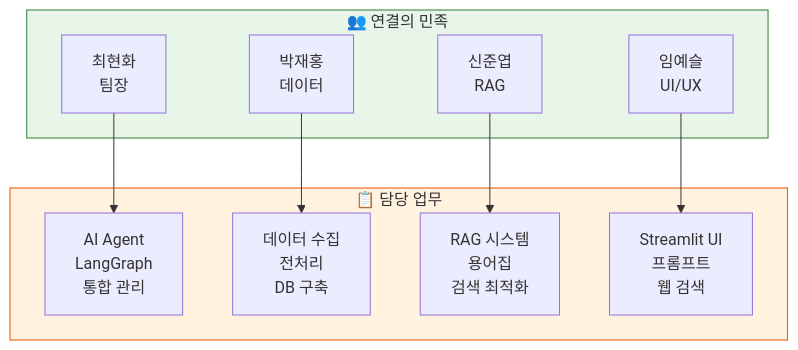
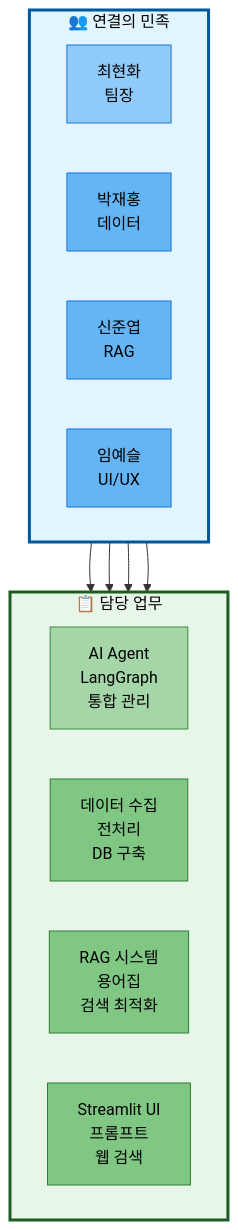
The fourth of 6 diagrams in docs/PPT/01_프로젝트_개요.md (AIBootcamp14/langchainproject-new-langchainproject_5), drawn with Mermaid before and after one commit. The commit also changed other lines of this file and 5 other files, not shown here.

First line of the commit message:
style(docs): PPT 문서에 mermaid 스타일 가이드 적용

````diff
--- a/docs/PPT/01_프로젝트_개요.md
+++ b/docs/PPT/01_프로젝트_개요.md
@@ -226,24 +271,37 @@
 ```mermaid
 graph TB
     subgraph Team["👥 연결의 민족"]
+        direction LR
         TL[최현화<br/>팀장]
         M1[박재홍<br/>데이터]
         M2[신준엽<br/>RAG]
         M3[임예슬<br/>UI/UX]
     end
 
     subgraph Roles["📋 담당 업무"]
+        direction LR
         R1[AI Agent<br/>LangGraph<br/>통합 관리]
         R2[데이터 수집<br/>전처리<br/>DB 구축]
         R3[RAG 시스템<br/>용어집<br/>검색 최적화]
         R4[Streamlit UI<br/>프롬프트<br/>웹 검색]
     end
 
     TL --> R1
     M1 --> R2
     M2 --> R3
     M3 --> R4
 
-    style Team fill:#e8f5e9,stroke:#2e7d32
-    style Roles fill:#fff3e0,stroke:#e65100
+    %% Subgraph 스타일
+    style Team fill:#e1f5ff,stroke:#01579b,stroke-width:3px,color:#000
+    style Roles fill:#e8f5e9,stroke:#1b5e20,stroke-width:3px,color:#000
+
+    %% 노드 스타일
+    style TL fill:#90caf9,stroke:#1976d2,color:#000
+    style M1 fill:#64b5f6,stroke:#1976d2,color:#000
+    style M2 fill:#64b5f6,stroke:#1976d2,color:#000
+    style M3 fill:#64b5f6,stroke:#1976d2,color:#000
+    style R1 fill:#a5d6a7,stroke:#388e3c,color:#000
+    style R2 fill:#81c784,stroke:#2e7d32,color:#000
+    style R3 fill:#81c784,stroke:#2e7d32,color:#000
+    style R4 fill:#81c784,stroke:#2e7d32,color:#000
 ```
````
